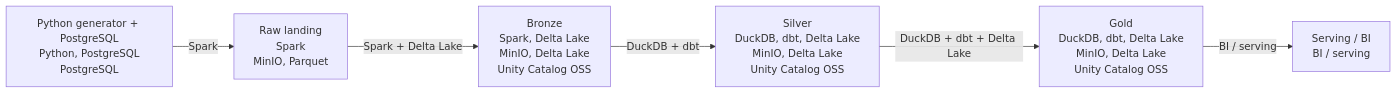
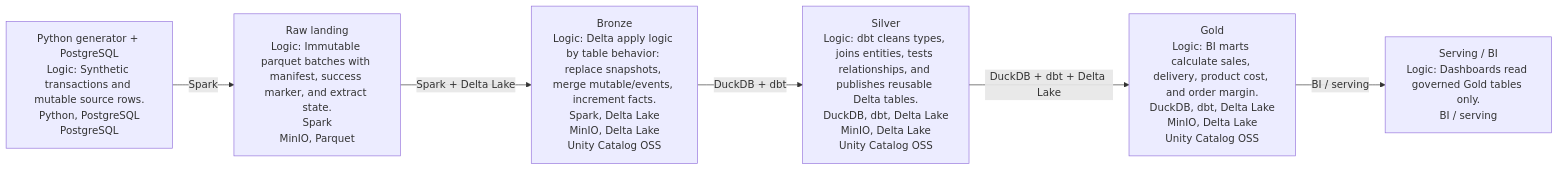
Before and after one commit to AntonMiniazev/ampere_project: the diagram in docs/dataflow/generated/project_dataflow.md, drawn with Mermaid. The commit also changed other lines of this file and 8 other files, not shown here.

````diff
--- a/docs/dataflow/generated/project_dataflow.md
+++ b/docs/dataflow/generated/project_dataflow.md
@@ -5,15 +5,15 @@
 ```mermaid
 flowchart LR
-    L_SOURCE["Python generator + PostgreSQL<br/>Python, PostgreSQL<br/>PostgreSQL"]
-    L_RAW["Raw landing<br/>Spark<br/>MinIO, Parquet"]
-    L_BRONZE["Bronze<br/>Spark, Delta Lake<br/>MinIO, Delta Lake<br/>Unity Catalog OSS"]
-    L_SILVER["Silver<br/>DuckDB, dbt, Delta Lake<br/>MinIO, Delta Lake<br/>Unity Catalog OSS"]
-    L_GOLD["Gold<br/>DuckDB, dbt, Delta Lake<br/>MinIO, Delta Lake<br/>Unity Catalog OSS"]
-    L_SERVING["Serving / BI<br/>BI / serving"]
+    L_SOURCE["Python generator + PostgreSQL<br/>Logic: Synthetic transactions and mutable source rows.<br/>Python, PostgreSQL<br/>PostgreSQL"]
+    L_RAW["Raw landing<br/>Logic: Immutable parquet batches with manifest, success marker, and extract state.<br/>Spark<br/>MinIO, Parquet"]
+    L_BRONZE["Bronze<br/>Logic: Delta apply logic by table behavior: replace snapshots, merge mutable/events, increment facts.<br/>Spark, Delta Lake<br/>MinIO, Delta Lake<br/>Unity Catalog OSS"]
+    L_SILVER["Silver<br/>Logic: dbt cleans types, joins entities, tests relationships, and publishes reusable Delta tables.<br/>DuckDB, dbt, Delta Lake<br/>MinIO, Delta Lake<br/>Unity Catalog OSS"]
+    L_GOLD["Gold<br/>Logic: BI marts calculate sales, delivery, product cost, and order margin.<br/>DuckDB, dbt, Delta Lake<br/>MinIO, Delta Lake<br/>Unity Catalog OSS"]
+    L_SERVING["Serving / BI<br/>Logic: Dashboards read governed Gold tables only.<br/>BI / serving"]
 
     L_SOURCE -->|"Spark"| L_RAW
     L_RAW -->|"Spark + Delta Lake"| L_BRONZE
     L_BRONZE -->|"DuckDB + dbt"| L_SILVER
     L_SILVER -->|"DuckDB + dbt + Delta Lake"| L_GOLD
     L_GOLD -->|"BI / serving"| L_SERVING
 ```
````
